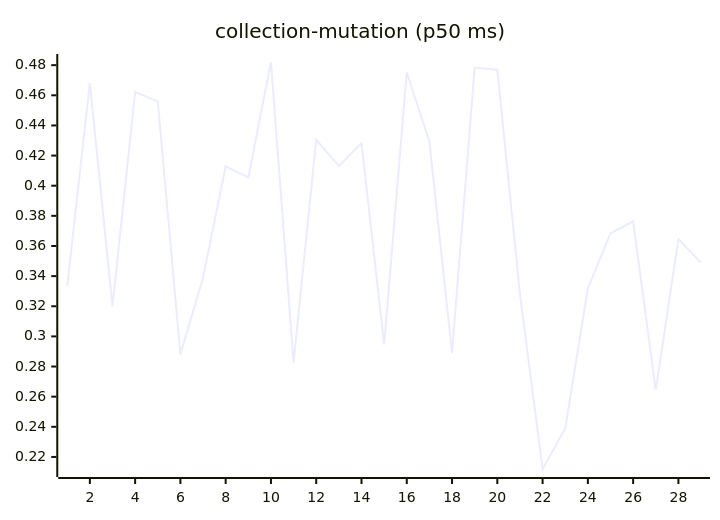
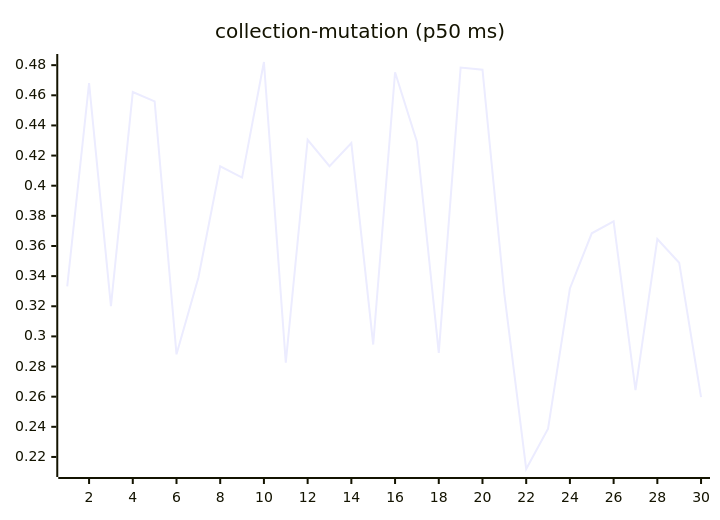
One commit to josha/Facet changed the sixth of 27 diagrams in README.md. Above: the diagram before and after it, drawn with Mermaid. The commit also changed other lines of this file and 2 other files, not shown here.

````diff
--- a/README.md
+++ b/README.md
@@ -98,6 +98,6 @@
 ```mermaid
 xychart-beta
     title "collection-mutation (p50 ms)"
-    x-axis 1 --> 29
-    line [0.3332, 0.4681, 0.3201, 0.4622, 0.4560, 0.2881, 0.3389, 0.4129, 0.4054, 0.4821, 0.2826, 0.4305, 0.4130, 0.4283, 0.2946, 0.4753, 0.4292, 0.2890, 0.4784, 0.4770, 0.3282, 0.2120, 0.2388, 0.3318, 0.3684, 0.3763, 0.2643, 0.3646, 0.3489]
+    x-axis 1 --> 30
+    line [0.3332, 0.4681, 0.3201, 0.4622, 0.4560, 0.2881, 0.3389, 0.4129, 0.4054, 0.4821, 0.2826, 0.4305, 0.4130, 0.4283, 0.2946, 0.4753, 0.4292, 0.2890, 0.4784, 0.4770, 0.3282, 0.2120, 0.2388, 0.3318, 0.3684, 0.3763, 0.2643, 0.3646, 0.3489, 0.2597]
 ```
````
